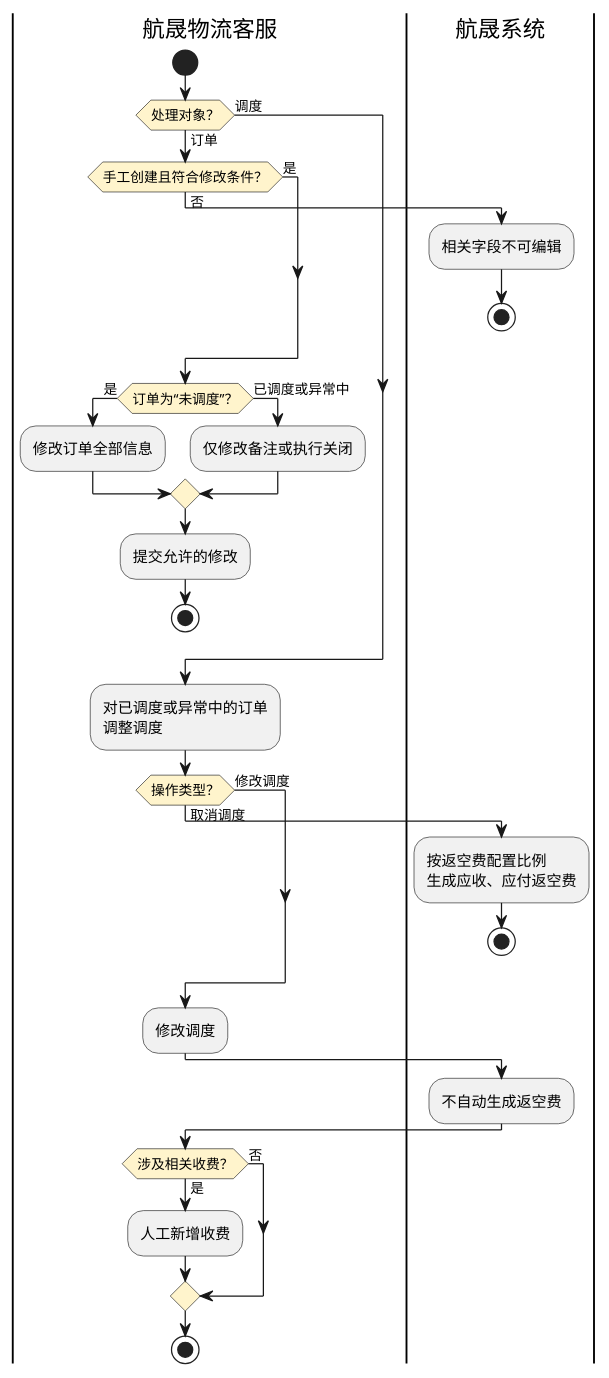
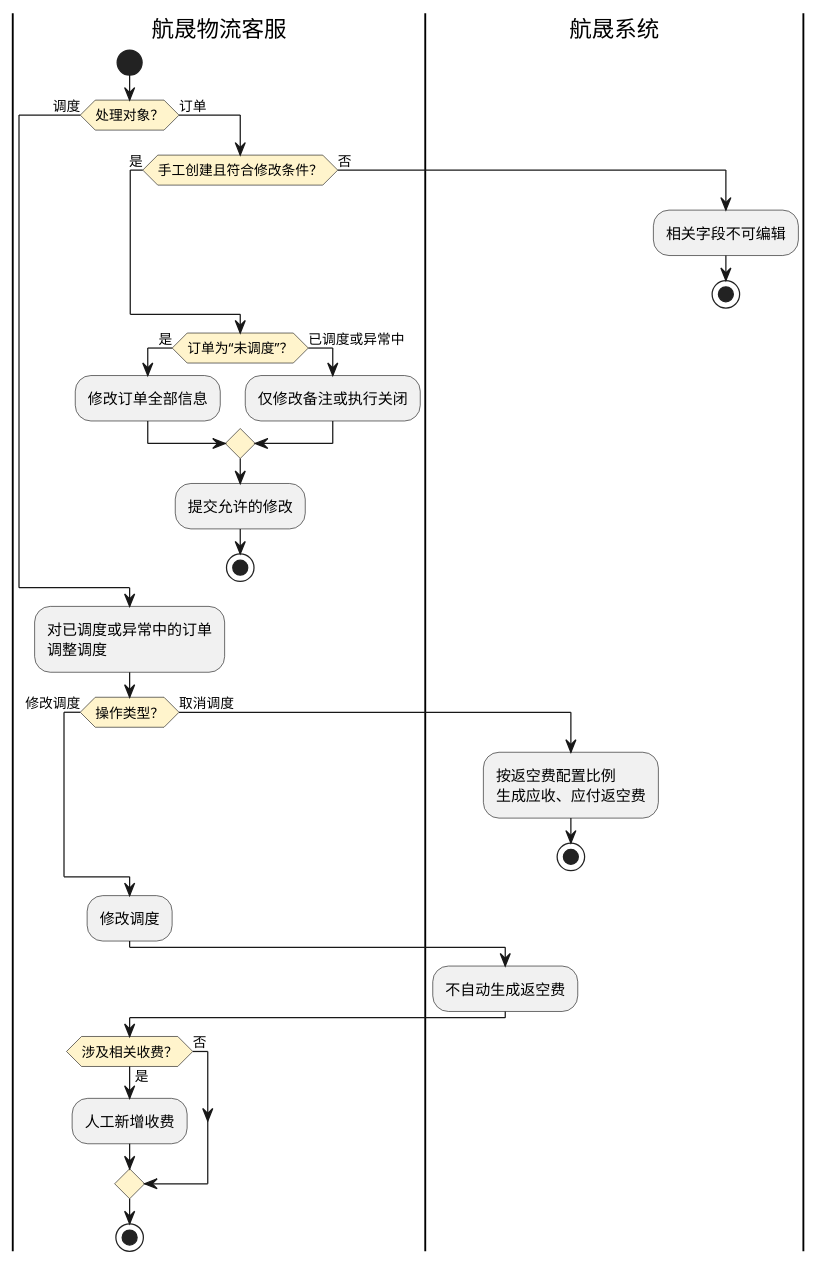
Before and after one commit to jack888332/projects-doc: the second of 3 diagrams in product-caliber/goldjet/segmented-prd/PRD.高捷物流系统一期.第015篇.用车-订单管理.32C78B8106.md, drawn with PlantUML. The commit also changed other lines of this file and 4 other files, not shown here.

Commit message:
减少泳道活动图连线的可避免交叉

````diff
--- a/product-caliber/goldjet/segmented-prd/PRD.高捷物流系统一期.第015篇.用车-订单管理.32C78B8106.md
+++ b/product-caliber/goldjet/segmented-prd/PRD.高捷物流系统一期.第015篇.用车-订单管理.32C78B8106.md
@@ -116,42 +116,46 @@
 ```plantuml
 @startuml goldjet-015-order-dispatch-changes
 skinparam activityDiamondBackgroundColor #FFF4CC
 |航晟物流客服|
 start
-if (处理对象？) then (订单)
-  if (手工创建且符合修改条件？) then (否)
+if (处理对象？) then (调度)
+  label spacer1
+else (订单)
+  |航晟物流客服|
+  if (手工创建且符合修改条件？) then (是)
+    label spacer2
+  else (否)
     |航晟系统|
     :相关字段不可编辑;
     stop
-  else (是)
   endif
   |航晟物流客服|
   if (订单为“未调度”？) then (是)
     :修改订单全部信息;
   else (已调度或异常中)
     :仅修改备注或执行关闭;
   endif
   :提交允许的修改;
   stop
-else (调度)
 endif
 |航晟物流客服|
 :对已调度或异常中的订单\n调整调度;
-if (操作类型？) then (取消调度)
+if (操作类型？) then (修改调度)
+  label spacer3
+else (取消调度)
   |航晟系统|
   :按返空费配置比例\n生成应收、应付返空费;
   stop
-else (修改调度)
 endif
 |航晟物流客服|
 :修改调度;
 |航晟系统|
 :不自动生成返空费;
 |航晟物流客服|
 if (涉及相关收费？) then (是)
   :人工新增收费;
 else (否)
 endif
 stop
 @enduml
 ```
````
